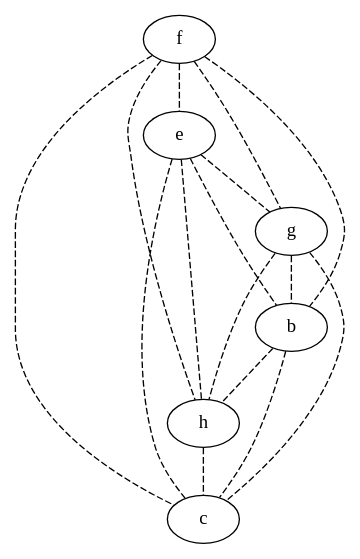
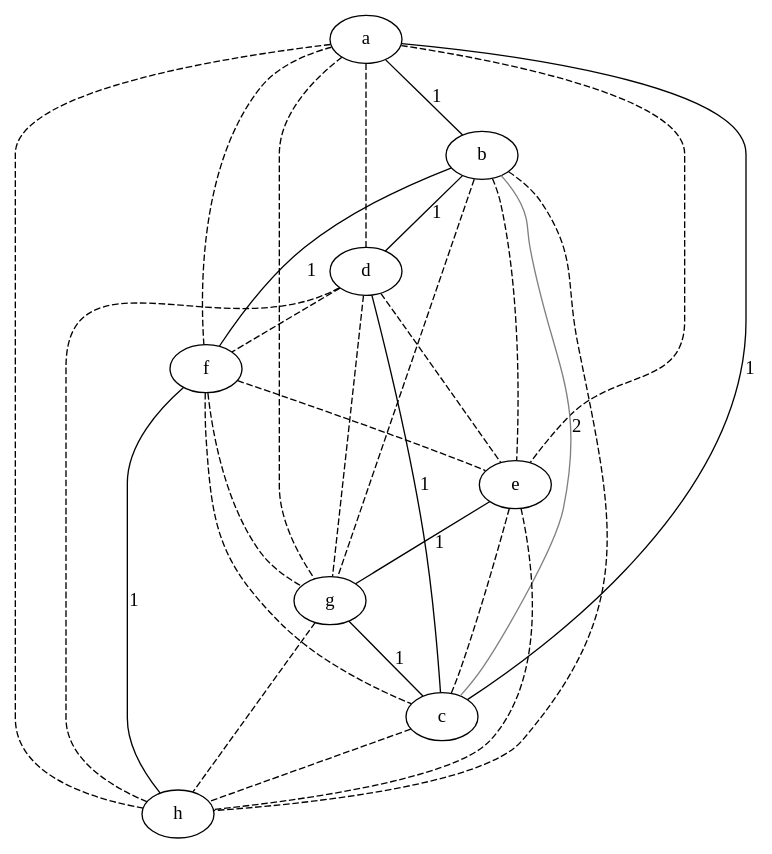
One commit to lrodrin/TFG changed the diagram in src/extension/linearGraph.dot. Above: the diagram before and after it, drawn with Graphviz. The commit also changed 36 other files, not shown here.

```diff
--- a/src/extension/linearGraph.dot
+++ b/src/extension/linearGraph.dot
@@ -1,23 +1,38 @@
 strict graph "" {
+a;
+b;
+d;
 f;
 e;
 g;
-b;
+c;
 h;
-c;
+a -- b  [color=black, label=1, style=solid];
+a -- d  [color=black, style=dashed];
+a -- f  [color=black, style=dashed];
+a -- e  [color=black, style=dashed];
+a -- g  [color=black, style=dashed];
+a -- c  [color=black, label=1, style=solid];
+a -- h  [color=black, style=dashed];
+b -- d  [color=black, label=1, style=solid];
+b -- f  [color=black, label=1, style=solid];
+b -- e  [color=black, style=dashed];
+b -- g  [color=black, style=dashed];
+b -- c  [color=grey, label=2, style=solid];
+b -- h  [color=black, style=dashed];
+d -- f  [color=black, style=dashed];
+d -- e  [color=black, style=dashed];
+d -- g  [color=black, style=dashed];
+d -- c  [color=black, label=1, style=solid];
+d -- h  [color=black, style=dashed];
 f -- e  [color=black, style=dashed];
 f -- g  [color=black, style=dashed];
-f -- b  [color=black, style=dashed];
-f -- h  [color=black, style=dashed];
 f -- c  [color=black, style=dashed];
-e -- g  [color=black, style=dashed];
-e -- b  [color=black, style=dashed];
+f -- h  [color=black, label=1, style=solid];
+e -- g  [color=black, label=1, style=solid];
+e -- c  [color=black, style=dashed];
 e -- h  [color=black, style=dashed];
-e -- c  [color=black, style=dashed];
-g -- b  [color=black, style=dashed];
+g -- c  [color=black, label=1, style=solid];
 g -- h  [color=black, style=dashed];
-g -- c  [color=black, style=dashed];
-b -- h  [color=black, style=dashed];
-b -- c  [color=black, style=dashed];
-h -- c  [color=black, style=dashed];
+c -- h  [color=black, style=dashed];
 }
```
